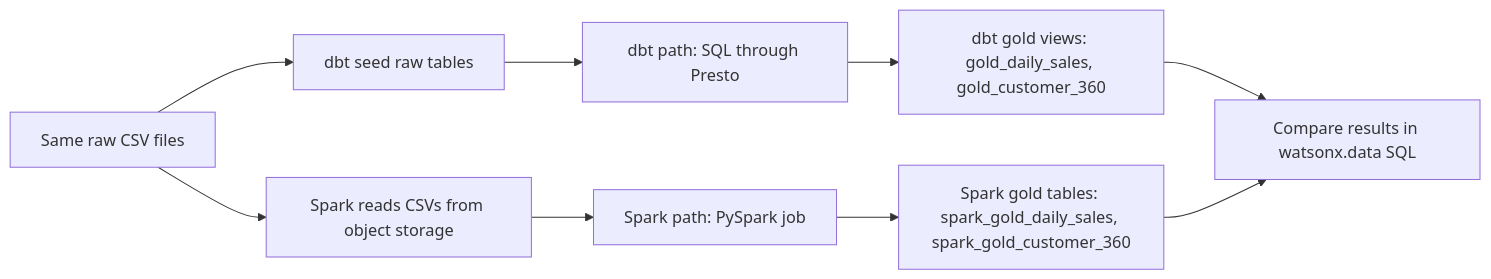
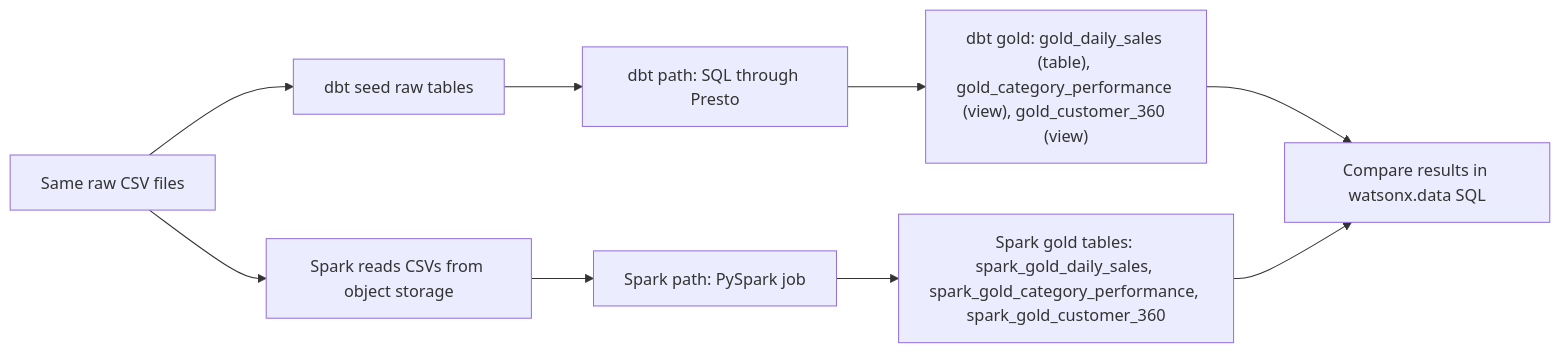
One commit to aseelert/ibmas-watsonxdata-dbt changed the second of 2 diagrams in docs/index.md. Above: the diagram before and after it, drawn with Mermaid. The commit also changed other lines of this file and 23 other files, not shown here.

First line of the commit message:
Databricks-style medallion: enriched silver + gold table/view, redesigned docs

````diff
--- a/docs/index.md
+++ b/docs/index.md
@@ -182,14 +182,14 @@
 ```mermaid
 flowchart LR
   csv["Same raw CSV files"]
   dbtRaw["dbt seed raw tables"]
   sparkRaw["Spark reads CSVs from object storage"]
   dbt["dbt path: SQL through Presto"]
   spark["Spark path: PySpark job"]
-  dbtGold["dbt gold views: gold_daily_sales, gold_customer_360"]
-  sparkGold["Spark gold tables: spark_gold_daily_sales, spark_gold_customer_360"]
+  dbtGold["dbt gold: gold_daily_sales (table), gold_category_performance (view), gold_customer_360 (view)"]
+  sparkGold["Spark gold tables: spark_gold_daily_sales, spark_gold_category_performance, spark_gold_customer_360"]
   compare["Compare results in watsonx.data SQL"]
 
   csv --> dbtRaw --> dbt --> dbtGold --> compare
   csv --> sparkRaw --> spark --> sparkGold --> compare
 ```
````
